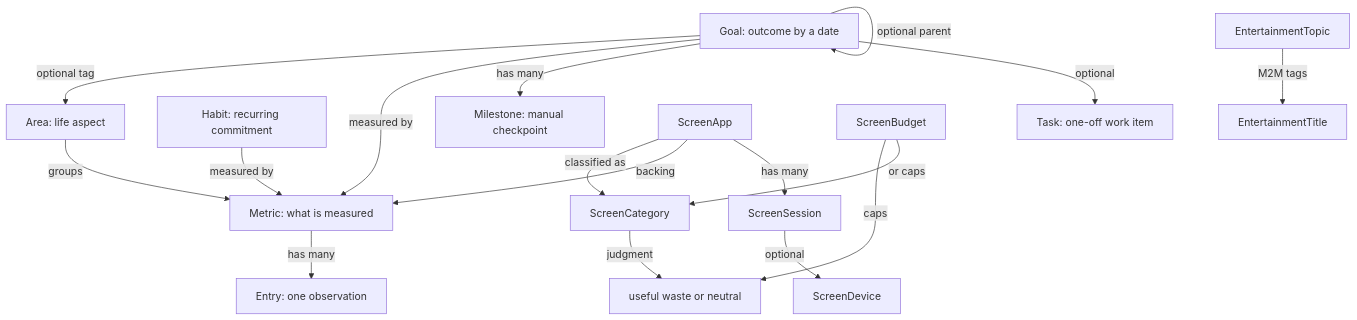
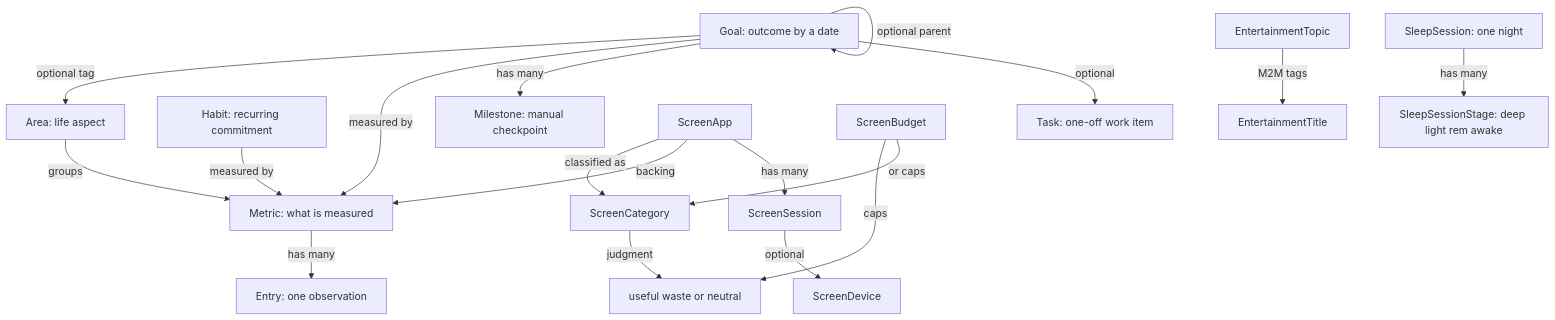
The first of 2 diagrams in docs/architecture.md (gio-white/atlas), drawn with Mermaid before and after one commit. The commit also changed other lines of this file and 42 other files, not shown here.

````diff
--- a/docs/architecture.md
+++ b/docs/architecture.md
@@ -21,21 +21,22 @@
 ```mermaid
 flowchart TD
   Area[Area: life aspect] -->|groups| Metric[Metric: what is measured]
   Metric -->|has many| Entry[Entry: one observation]
   Habit[Habit: recurring commitment] -->|measured by| Metric
   Goal[Goal: outcome by a date] -->|optional tag| Area
   Goal -->|measured by| Metric
   Goal -->|has many| Milestone[Milestone: manual checkpoint]
   Goal -->|optional parent| Goal
   Goal -->|optional| Task[Task: one-off work item]
   ScreenCategory[ScreenCategory] -->|judgment| ScreenJudgment[useful waste or neutral]
   ScreenApp[ScreenApp] -->|classified as| ScreenCategory
   ScreenApp -->|backing| Metric
   ScreenApp -->|has many| ScreenSession[ScreenSession]
   ScreenSession -->|optional| ScreenDevice[ScreenDevice]
   ScreenBudget[ScreenBudget] -->|caps| ScreenJudgment
   ScreenBudget -->|or caps| ScreenCategory
   EntertainmentTopic[EntertainmentTopic]
   EntertainmentTitle[EntertainmentTitle]
   EntertainmentTopic -->|M2M tags| EntertainmentTitle
+  SleepSession[SleepSession: one night] -->|has many| SleepSessionStage[SleepSessionStage: deep light rem awake]
 ```
````
